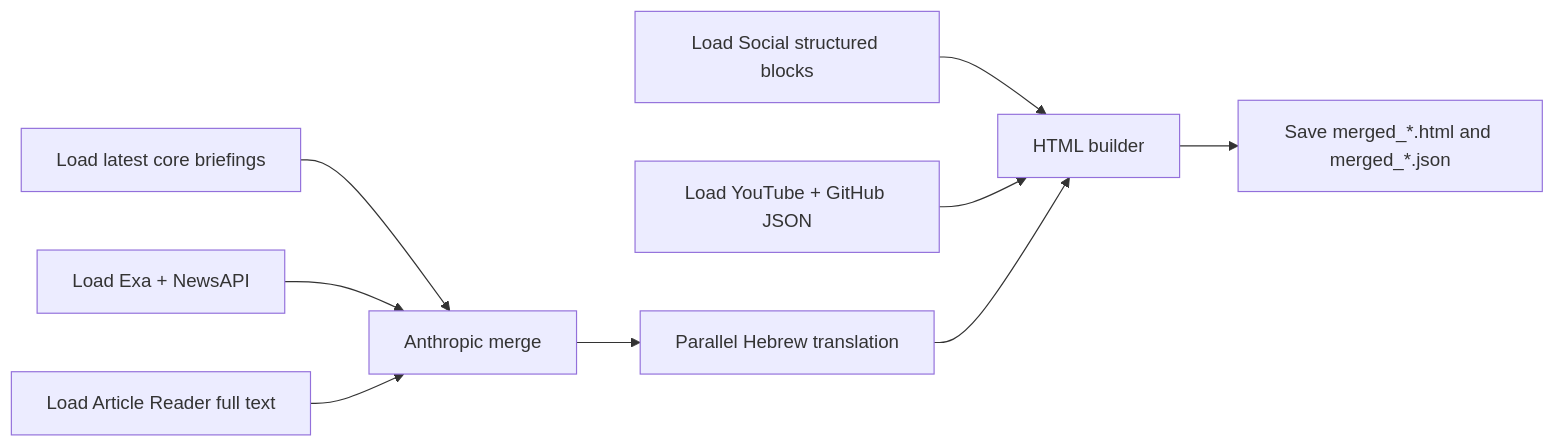
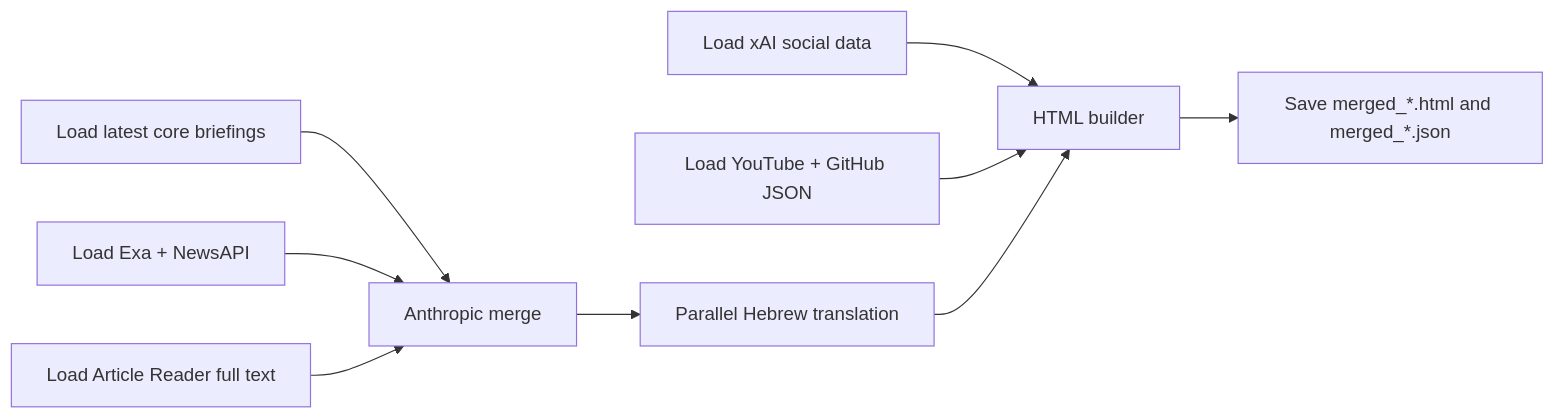
One commit to kobyal/ai-news-briefing changed diagram 13 of 14 in README.md. Above: the diagram before and after it, drawn with Mermaid. The commit also changed other lines of this file and 171 other files, not shown here.

````diff
--- a/README.md
+++ b/README.md
@@ -474,11 +429,11 @@
 ```mermaid
 flowchart LR
     A["Load latest core briefings"] --> F["Anthropic merge"]
     B["Load Exa + NewsAPI"] --> F
     C["Load Article Reader full text"] --> F
     F --> G["Parallel Hebrew translation"]
-    D["Load Social structured blocks"] --> H["HTML builder"]
+    D["Load xAI social data"] --> H["HTML builder"]
     E["Load YouTube + GitHub JSON"] --> H
     G --> H
     H --> I["Save merged_*.html and merged_*.json"]
 ```
````
